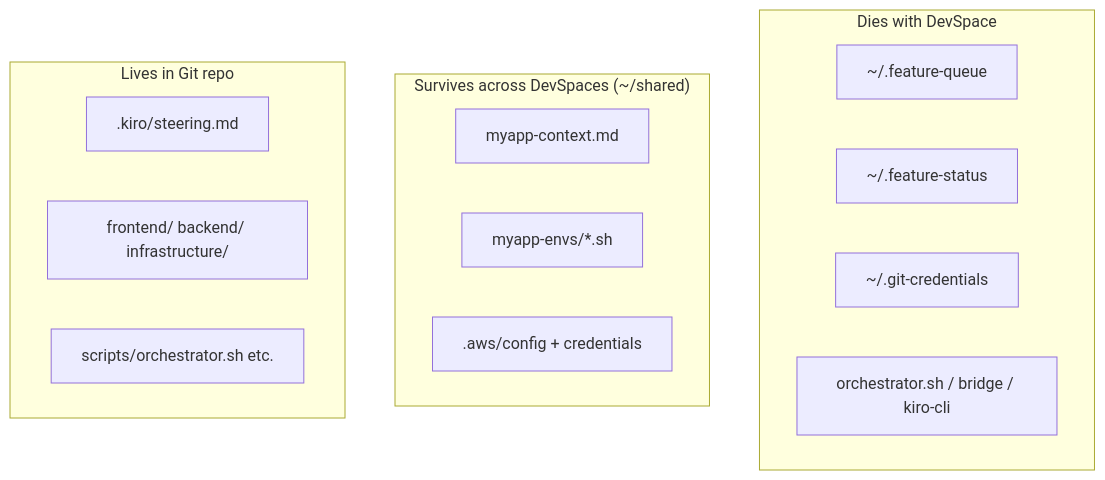
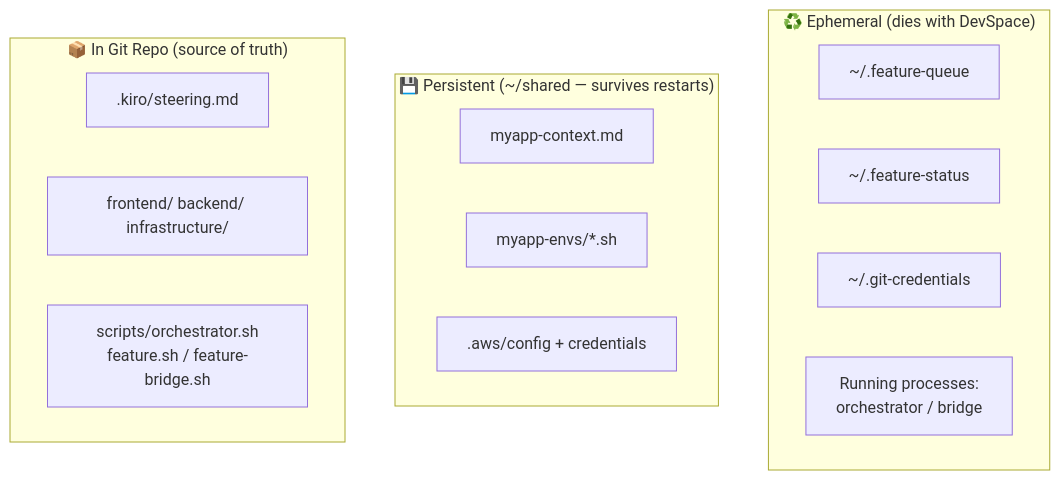
The third of 3 diagrams in docs/architecture-diagram.md (binhtq80/home-secure-app), drawn with Mermaid before and after one commit. The commit also changed other lines of this file, not shown here.

Commit message:
docs: split architecture into two flow diagrams (chat path + web app path)

````diff
--- a/docs/architecture-diagram.md
+++ b/docs/architecture-diagram.md
@@ -59,22 +62,21 @@
 ```mermaid
 flowchart TB
-    %% ─── Persistence Diagram ───
-    subgraph Ephemeral["Dies with DevSpace"]
-        Queue2[~/.feature-queue]
-        Status2[~/.feature-status]
-        GitCreds2[~/.git-credentials]
-        Processes2[orchestrator.sh / bridge / kiro-cli]
+    subgraph Ephemeral["♻️ Ephemeral (dies with DevSpace)"]
+        Q[~/.feature-queue]
+        St[~/.feature-status]
+        Git[~/.git-credentials]
+        Proc[Running processes:<br/>orchestrator / bridge]
     end
 
-    subgraph Persists["Survives across DevSpaces (~/shared)"]
-        Context2[myapp-context.md]
-        EnvFiles2[myapp-envs/*.sh]
-        AWSCreds2[.aws/config + credentials]
+    subgraph Shared["💾 Persistent (~/shared — survives restarts)"]
+        Ctx[myapp-context.md]
+        Env[myapp-envs/*.sh]
+        Creds[.aws/config + credentials]
     end
 
-    subgraph InRepo["Lives in Git repo"]
-        Steering2[.kiro/steering.md]
-        Code2[frontend/ backend/ infrastructure/]
-        Scripts2[scripts/orchestrator.sh etc.]
+    subgraph Repo["📦 In Git Repo (source of truth)"]
+        Steer[.kiro/steering.md]
+        Code[frontend/ backend/ infrastructure/]
+        Scripts[scripts/orchestrator.sh<br/>feature.sh / feature-bridge.sh]
     end
 ```
````
